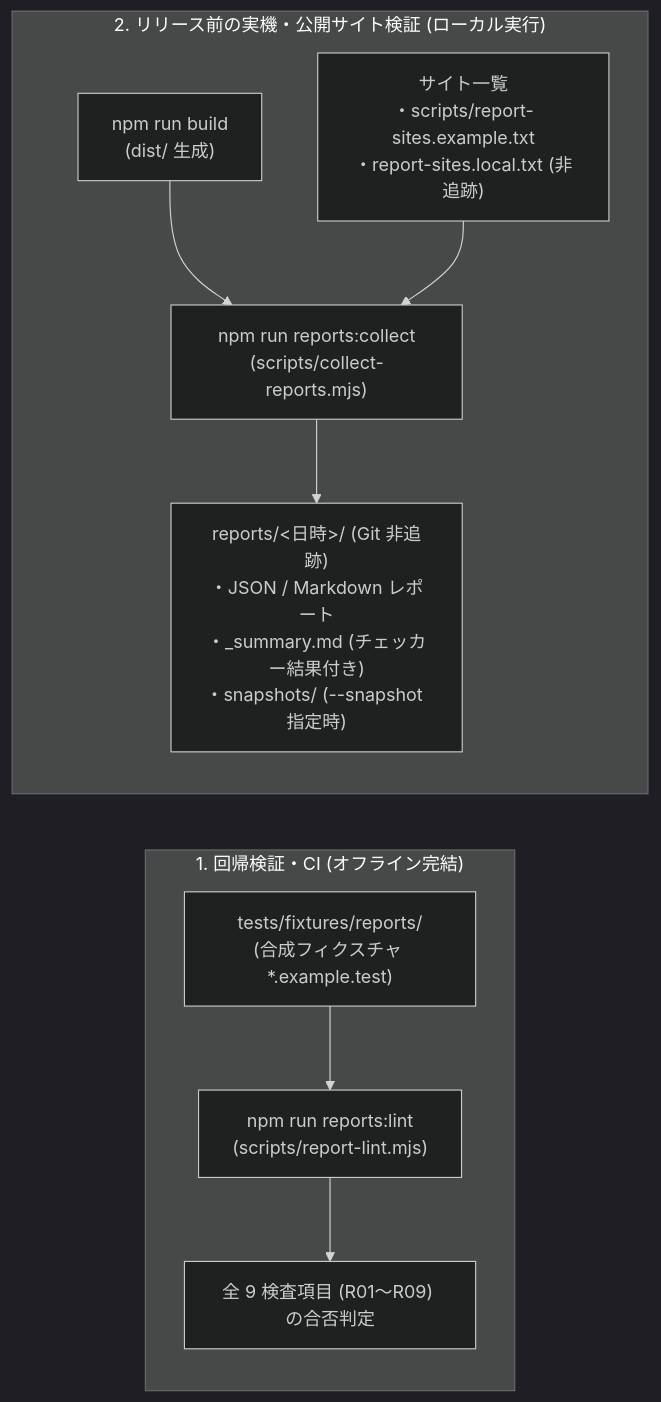
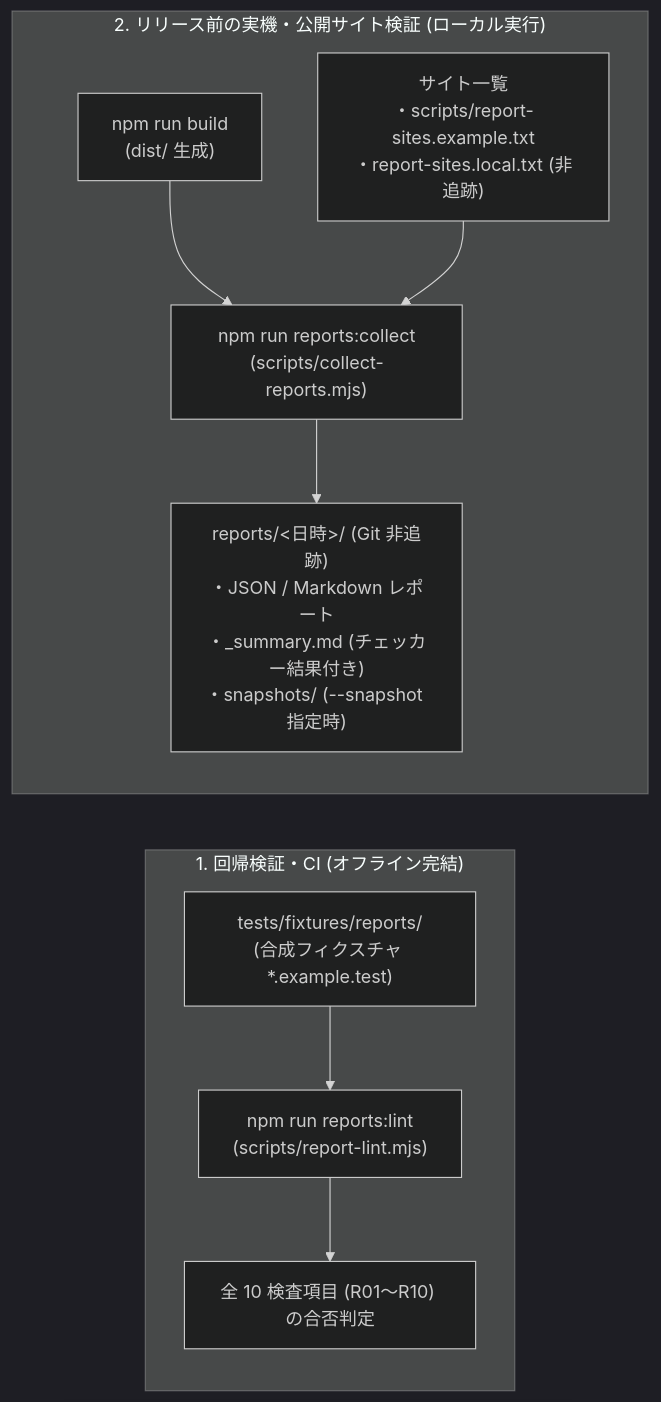
One commit to moritama/web-inspector changed the sixth of 6 diagrams in docs/MAINTENANCE_GUIDE.md. Above: the diagram before and after it, drawn with Mermaid (dark theme). The commit also changed other lines of this file and 18 other files, not shown here.

````diff
--- a/docs/MAINTENANCE_GUIDE.md
+++ b/docs/MAINTENANCE_GUIDE.md
@@ -481,13 +481,13 @@
 ```mermaid
 flowchart LR
     subgraph Offline ["1. 回帰検証・CI (オフライン完結)"]
         Fixtures["tests/fixtures/reports/<br>(合成フィクスチャ *.example.test)"] --> LintCmd["npm run reports:lint<br>(scripts/report-lint.mjs)"]
-        LintCmd --> LintRes["全 9 検査項目 (R01〜R09) の合否判定"]
+        LintCmd --> LintRes["全 10 検査項目 (R01〜R10) の合否判定"]
     end
 
     subgraph LiveCheck ["2. リリース前の実機・公開サイト検証 (ローカル実行)"]
         Build["npm run build<br>(dist/ 生成)"] --> Collect["npm run reports:collect<br>(scripts/collect-reports.mjs)"]
         Sites["サイト一覧<br>・scripts/report-sites.example.txt<br>・report-sites.local.txt (非追跡)"] --> Collect
         Collect --> Output["reports/<日時>/ (Git 非追跡)<br>・JSON / Markdown レポート<br>・_summary.md (チェッカー結果付き)<br>・snapshots/ (--snapshot 指定時)"]
     end
 ```
````
